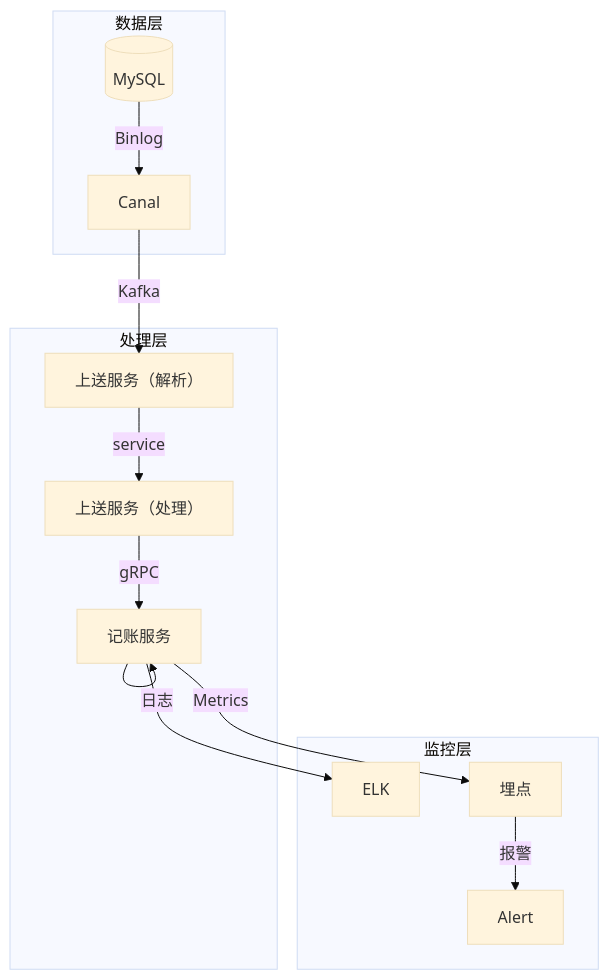
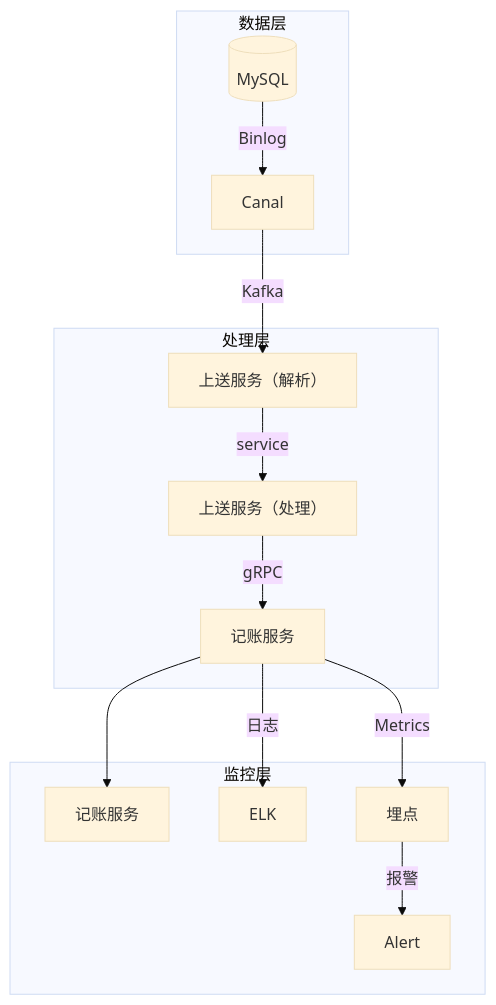
The diagram in all/未命名.md (87828943/iodraw-files), drawn with Mermaid (base theme) before and after one commit.

Commit message:
2025-07-01 10:45:16 update

````diff
--- a/all/未命名.md
+++ b/all/未命名.md
@@ -1,17 +1,17 @@
 ```mermaid
 graph TB
     subgraph 数据层
         DB[(MySQL)] -->|Binlog| Canal
     end
     subgraph 处理层
         Canal -->|Kafka| Parser[上送服务（解析）]
         Parser -->|service| Engine[上送服务（处理）]
         Engine -->|gRPC| Accounting[记账服务]
     end
     subgraph 监控层
-        Accounting --> Accounting[记账服务]
+        Accounting --> jiao[记账服务]
         Accounting -->|日志| ELK
         Accounting -->|Metrics| 埋点
         埋点 -->|报警| Alert
     end
 ```
````
